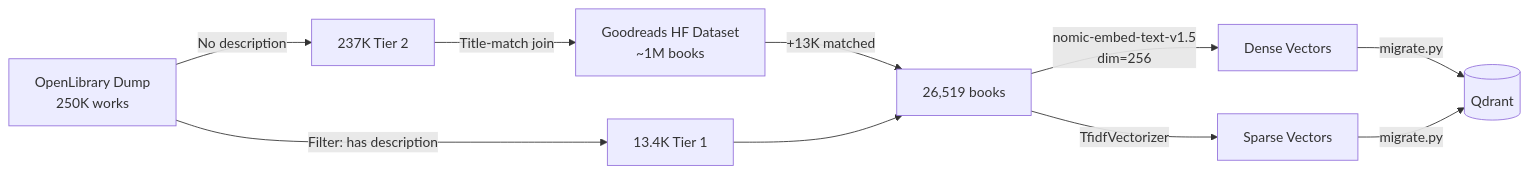
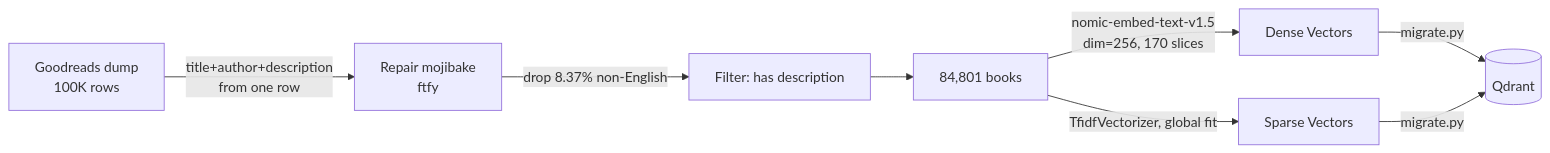
One commit to TruaShamu/ai-search changed the third of 4 diagrams in README.md. Above: the diagram before and after it, drawn with Mermaid. The commit also changed other lines of this file and 1 other file, not shown here.

````diff
--- a/README.md
+++ b/README.md
@@ -70,11 +70,9 @@
 ```mermaid
 flowchart LR
-    A[OpenLibrary Dump<br/>250K works] -->|Filter: has description| B[13.4K Tier 1]
-    A -->|No description| C[237K Tier 2]
-    C -->|Title-match join| D[Goodreads HF Dataset<br/>~1M books]
-    D -->|+13K matched| E[26,519 books]
-    B --> E
-    E -->|nomic-embed-text-v1.5<br/>dim=256| F[Dense Vectors]
-    E -->|TfidfVectorizer| G[Sparse Vectors]
+    A[Goodreads dump<br/>100K rows] -->|title+author+description<br/>from one row| B[Repair mojibake<br/>ftfy]
+    B -->|drop 8.37% non-English| C[Filter: has description]
+    C --> D[84,801 books]
+    D -->|nomic-embed-text-v1.5<br/>dim=256, 170 slices| F[Dense Vectors]
+    D -->|TfidfVectorizer, global fit| G[Sparse Vectors]
     F & G -->|migrate.py| H[(Qdrant)]
 ```
````
